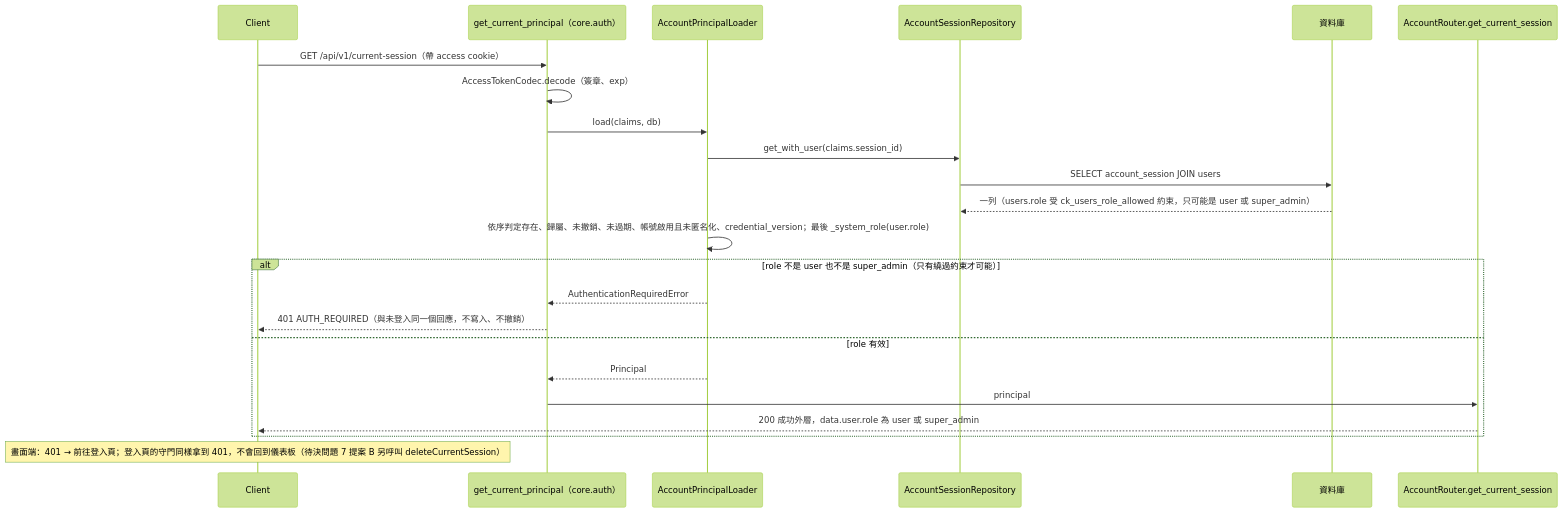
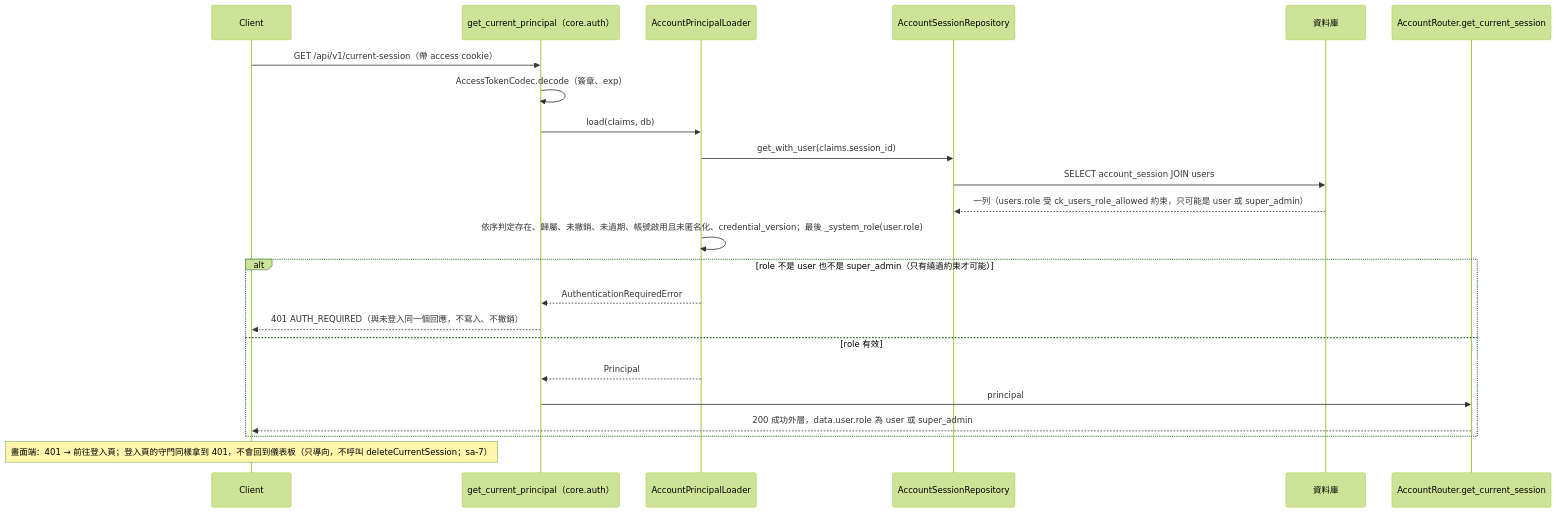
Before and after one commit to label-suite/label-suite: the third of 6 diagrams in openspec/changes/dashboard-shell/system-design.md, drawn with Mermaid (forest theme). The commit also changed other lines of this file and 3 other files, not shown here.

````diff
--- a/openspec/changes/dashboard-shell/system-design.md
+++ b/openspec/changes/dashboard-shell/system-design.md
@@ -218,25 +135,25 @@
 ```mermaid
 sequenceDiagram
   participant C as Client
   participant G as get_current_principal（core.auth）
   participant P as AccountPrincipalLoader
   participant Q as AccountSessionRepository
   participant DB as 資料庫
   participant R as AccountRouter.get_current_session
   C->>G: GET /api/v1/current-session（帶 access cookie）
   G->>G: AccessTokenCodec.decode（簽章、exp）
   G->>P: load(claims, db)
   P->>Q: get_with_user(claims.session_id)
   Q->>DB: SELECT account_session JOIN users
   DB-->>Q: 一列（users.role 受 ck_users_role_allowed 約束，只可能是 user 或 super_admin）
   P->>P: 依序判定存在、歸屬、未撤銷、未過期、帳號啟用且未匿名化、credential_version；最後 _system_role(user.role)
   alt role 不是 user 也不是 super_admin（只有繞過約束才可能）
     P-->>G: AuthenticationRequiredError
     G-->>C: 401 AUTH_REQUIRED（與未登入同一個回應，不寫入、不撤銷）
   else role 有效
     P-->>G: Principal
     G->>R: principal
     R-->>C: 200 成功外層，data.user.role 為 user 或 super_admin
   end
-  Note over C: 畫面端：401 → 前往登入頁；登入頁的守門同樣拿到 401，不會回到儀表板（待決問題 7 提案 B 另呼叫 deleteCurrentSession）
+  Note over C: 畫面端：401 → 前往登入頁；登入頁的守門同樣拿到 401，不會回到儀表板（只導向，不呼叫 deleteCurrentSession；sa-7）
 ```
````
